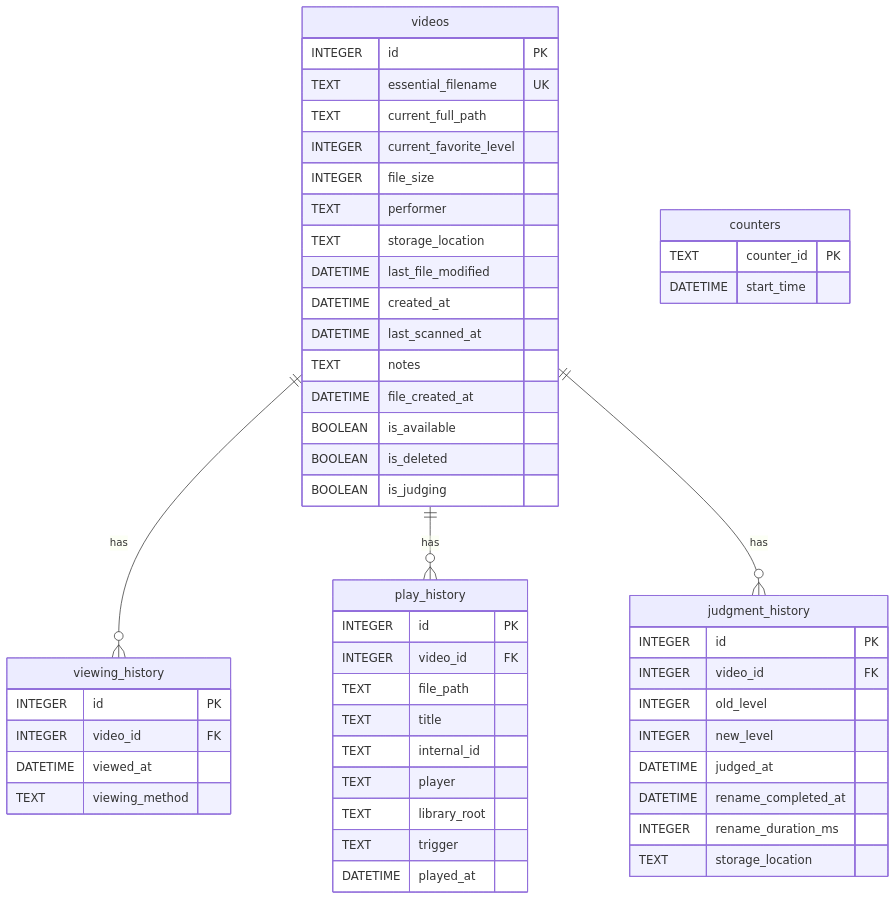
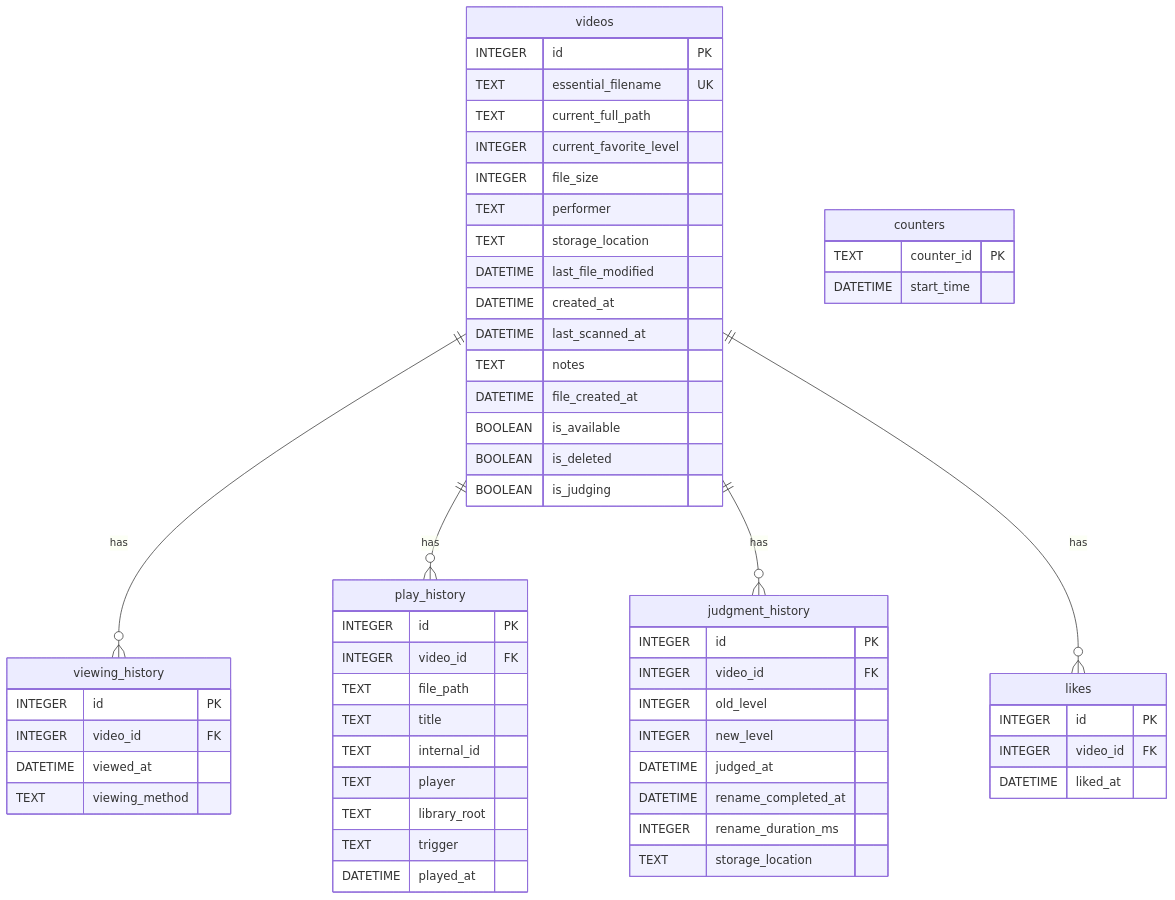
Before and after one commit to Atsuki0620/ClipBox: the diagram in docs/DATA_MODEL_20260125.md, drawn with Mermaid. The commit also changed other lines of this file and 10 other files, not shown here.

````diff
--- a/docs/DATA_MODEL_20260125.md
+++ b/docs/DATA_MODEL_20260125.md
@@ -117,60 +127,67 @@
 ```mermaid
 erDiagram
     videos ||--o{ viewing_history : "has"
     videos ||--o{ play_history : "has"
     videos ||--o{ judgment_history : "has"
+    videos ||--o{ likes : "has"
     counters
 
     videos {
         INTEGER id PK
         TEXT essential_filename UK
         TEXT current_full_path
         INTEGER current_favorite_level
         INTEGER file_size
         TEXT performer
         TEXT storage_location
         DATETIME last_file_modified
         DATETIME created_at
         DATETIME last_scanned_at
         TEXT notes
         DATETIME file_created_at
         BOOLEAN is_available
         BOOLEAN is_deleted
         BOOLEAN is_judging
     }
 
     viewing_history {
         INTEGER id PK
         INTEGER video_id FK
         DATETIME viewed_at
         TEXT viewing_method
     }
 
     play_history {
         INTEGER id PK
         INTEGER video_id FK
         TEXT file_path
         TEXT title
         TEXT internal_id
         TEXT player
         TEXT library_root
         TEXT trigger
         DATETIME played_at
     }
 
     judgment_history {
         INTEGER id PK
         INTEGER video_id FK
         INTEGER old_level
         INTEGER new_level
         DATETIME judged_at
         DATETIME rename_completed_at
         INTEGER rename_duration_ms
         TEXT storage_location
     }
 
     counters {
         TEXT counter_id PK
         DATETIME start_time
     }
+
+    likes {
+        INTEGER id PK
+        INTEGER video_id FK
+        DATETIME liked_at
+    }
 ```
````
